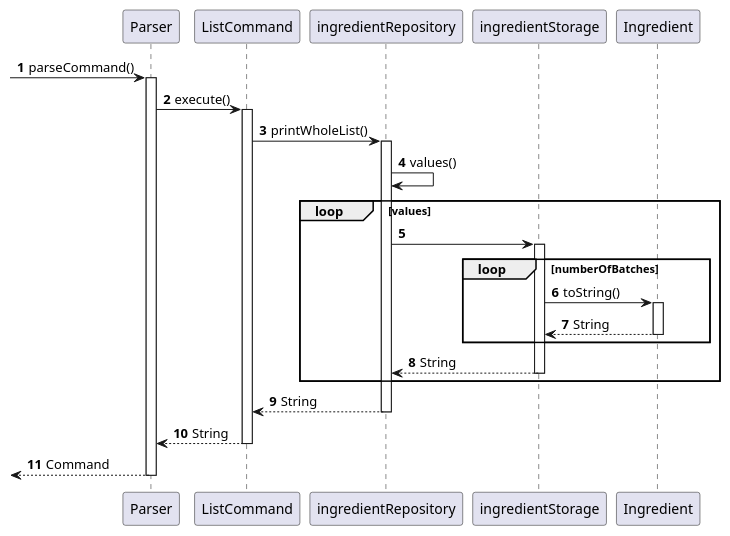
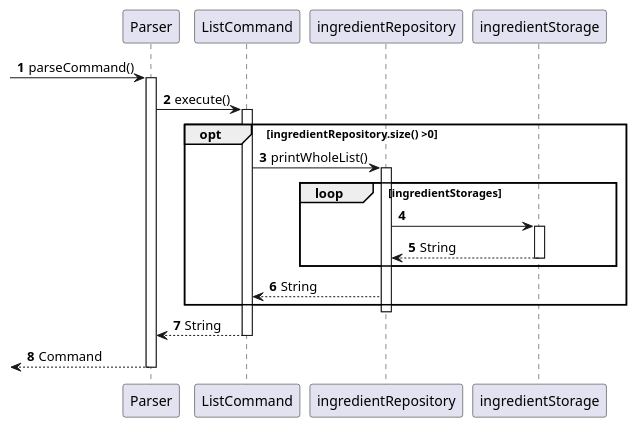
Before and after one commit to nus-cs2113-AY2122S1/tp: the diagram in docs/diagrams/List.puml, drawn with PlantUML. The commit also changed 5 other files, not shown here.

Commit message:
Add sequence diagram for DeleteExpiredIngredientsCommand. Add sequence diagram for ShoppingListCommand. Add sequence diagram for ViewIngredientCommand. Add sequence diagram for UpdateUnitsComand.

```diff
--- a/docs/diagrams/List.puml
+++ b/docs/diagrams/List.puml
@@ -1,34 +1,34 @@
 @startuml
 'https://plantuml.com/sequence-diagram
 
 autonumber
+
  -> Parser: parseCommand()
 activate Parser
+
 Parser -> ListCommand: execute()
 activate ListCommand
-ListCommand -> ingredientRepository: printWholeList()
-activate ingredientRepository
-ingredientRepository -> ingredientRepository: values()
 
-    loop values
-        ingredientRepository -> ingredientStorage
-        activate ingredientStorage
+opt ingredientRepository.size() >0
+    ListCommand -> ingredientRepository: printWholeList()
+    activate ingredientRepository
 
-        loop numberOfBatches
-            ingredientStorage -> Ingredient: toString()
-            activate Ingredient
-            Ingredient --> ingredientStorage: String
-            deactivate Ingredient
+        loop ingredientStorages
+            ingredientRepository -> ingredientStorage
+            activate ingredientStorage
+
+            ingredientStorage --> ingredientRepository: String
+            deactivate ingredientStorage
         end
-        ingredientStorage --> ingredientRepository: String
-        deactivate ingredientStorage
-    end
 
-ingredientRepository --> ListCommand: String
+    ingredientRepository --> ListCommand: String
+end
+
 deactivate ingredientRepository
 ListCommand --> Parser: String
+
 deactivate ListCommand
 <-- Parser: Command
 deactivate Parser
 
 @enduml
```
